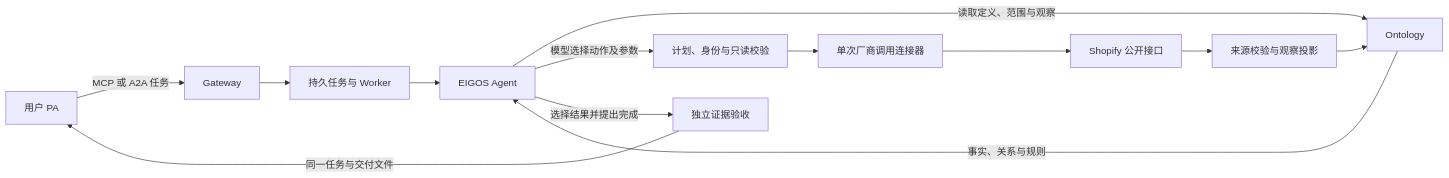
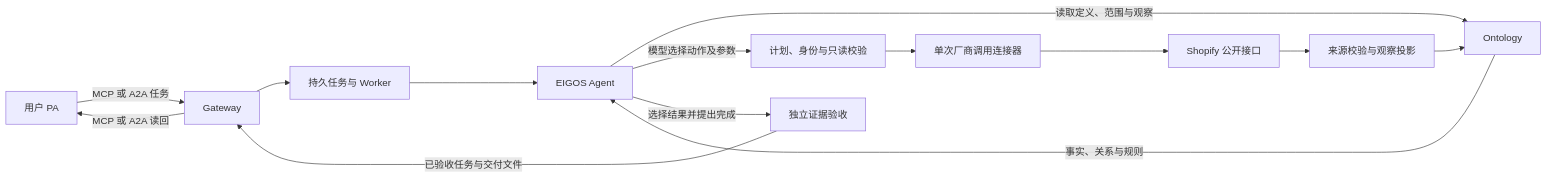
The diagram in docs/catalog-agent-actions-2026-10-19.md (proerror77/eigos), drawn with Mermaid before and after one commit. The commit also changed other lines of this file and 15 other files, not shown here.

````diff
--- a/docs/catalog-agent-actions-2026-10-19.md
+++ b/docs/catalog-agent-actions-2026-10-19.md
@@ -9,15 +9,16 @@
 ```mermaid
 flowchart LR
   PA[用户 PA] -->|MCP 或 A2A 任务| G[Gateway]
   G --> W[持久任务与 Worker]
   W --> A[EIGOS Agent]
   A -->|读取定义、范围与观察| O[Ontology]
   O -->|事实、关系与规则| A
   A -->|模型选择动作及参数| V[计划、身份与只读校验]
   V --> C[单次厂商调用连接器]
   C --> S[Shopify 公开接口]
   S --> P[来源校验与观察投影]
   P --> O
   A -->|选择结果并提出完成| F[独立证据验收]
-  F -->|同一任务与交付文件| PA
+  F -->|已验收任务与交付文件| G
+  G -->|MCP 或 A2A 读回| PA
 ```
````
